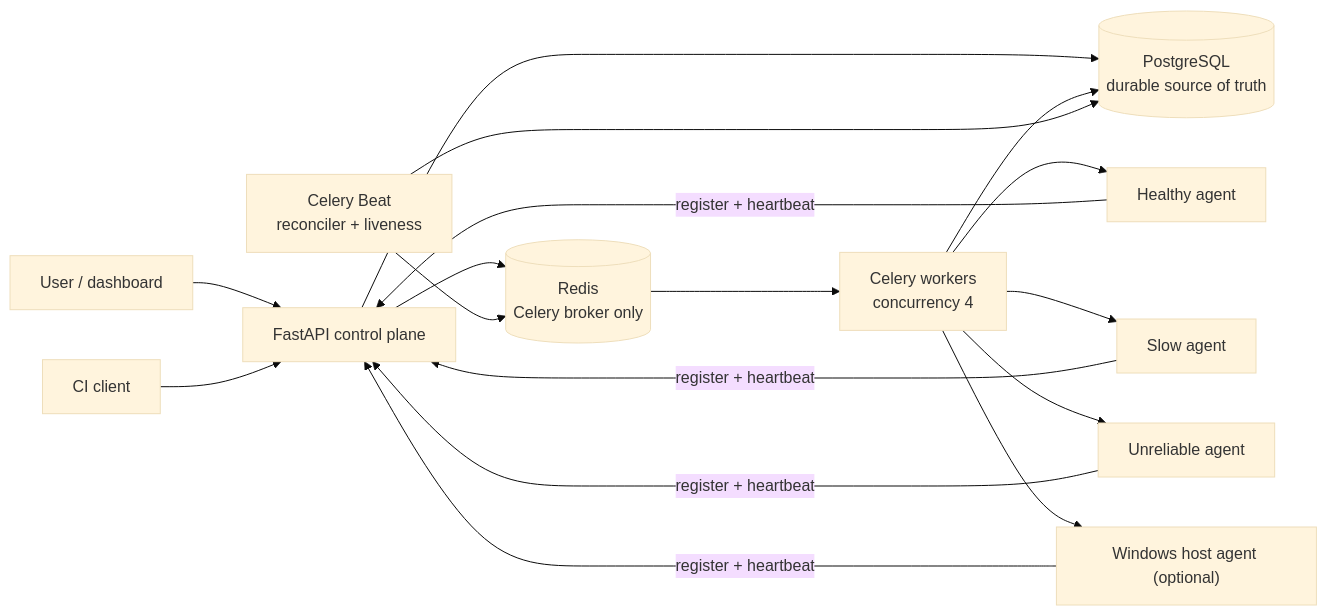
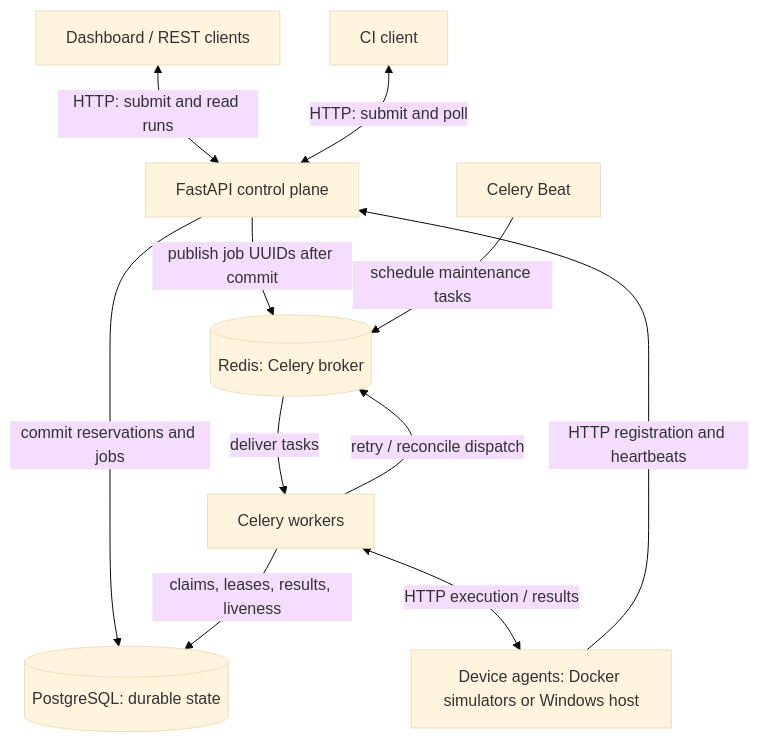
Before and after one commit to MdFahimBashar/PulseHunter: the diagram in README.md, drawn with Mermaid (base theme). The commit also changed other lines of this file and 6 other files, not shown here.

Commit message:
Present PulseHunter architecture and performance evidence

````diff
--- a/README.md
+++ b/README.md
@@ -38,17 +40,13 @@
 ```mermaid
-flowchart LR
-    U["User / dashboard"] --> A["FastAPI control plane"]
-    C["CI client"] --> A
-    A --> P[("PostgreSQL\ndurable source of truth")]
-    A --> R[("Redis\nCelery broker only")]
-    R --> W["Celery workers\nconcurrency 4"]
-    W --> P
-    W --> D1["Healthy agent"]
-    W --> D2["Slow agent"]
-    W --> D3["Unreliable agent"]
-    W --> H["Windows host agent (optional)"]
-    D1 & D2 & D3 -->|"register + heartbeat"| A
-    H -->|"register + heartbeat"| A
-    B["Celery Beat\nreconciler + liveness"] --> P
-    B --> R
+flowchart TB
+    UI["Dashboard / REST clients"] <-->|"HTTP: submit and read runs"| API["FastAPI control plane"]
+    CI["CI client"] <-->|"HTTP: submit and poll"| API
+    API -->|"commit reservations and jobs"| DB[("PostgreSQL: durable state")]
+    API -->|"publish job UUIDs after commit"| R[("Redis: Celery broker")]
+    B["Celery Beat"] -->|"schedule maintenance tasks"| R
+    R -->|"deliver tasks"| W["Celery workers"]
+    W -->|"claims, leases, results, liveness"| DB
+    W -->|"retry / reconcile dispatch"| R
+    W <-->|"HTTP execution / results"| A["Device agents: Docker simulators or Windows host"]
+    A -->|"HTTP registration and heartbeats"| API
 ```
````
